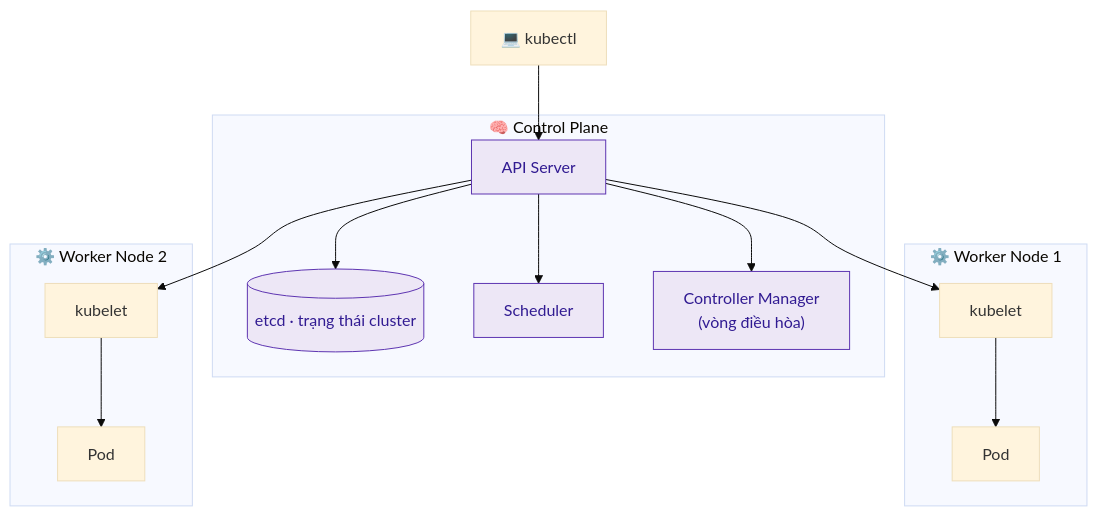
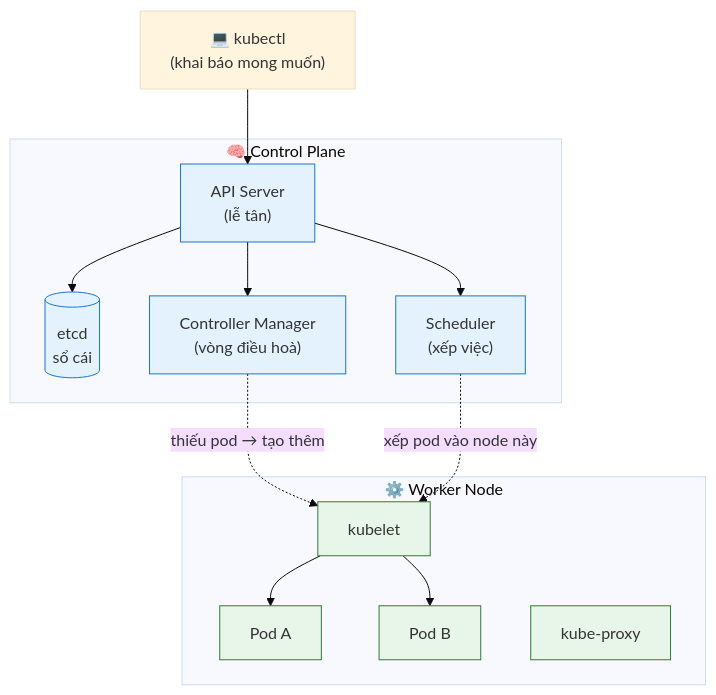
The second of 5 diagrams in Giai-doan-3-CICD-K8s-Monitoring.md (hiepnguyen775/Devops-basic-Hiepndp), drawn with Mermaid (base theme) before and after one commit. The commit also changed other lines of this file, not shown here.

````diff
--- a/Giai-doan-3-CICD-K8s-Monitoring.md
+++ b/Giai-doan-3-CICD-K8s-Monitoring.md
@@ -2002,19 +2039,20 @@
 ```mermaid
 flowchart TB
-    kubectl["💻 kubectl"] --> API
+    kubectl["💻 kubectl<br/>(khai báo mong muốn)"] --> API
     subgraph CP["🧠 Control Plane"]
-        API["API Server"] --> ETCD[("etcd · trạng thái cluster")]
-        API --> SCH["Scheduler"]
-        API --> CM["Controller Manager<br/>(vòng điều hòa)"]
+        API["API Server<br/>(lễ tân)"] --> ETCD[("etcd<br/>sổ cái")]
+        API --> SCH["Scheduler<br/>(xếp việc)"]
+        API --> CM["Controller Manager<br/>(vòng điều hoà)"]
     end
-    subgraph N1["⚙️ Worker Node 1"]
-        K1["kubelet"] --> P1["Pod"]
+    subgraph N1["⚙️ Worker Node"]
+        KUBELET["kubelet"] --> POD1["Pod A"]
+        KUBELET --> POD2["Pod B"]
+        PROXY["kube-proxy"]
     end
-    subgraph N2["⚙️ Worker Node 2"]
-        K2["kubelet"] --> P2["Pod"]
-    end
-    API --> K1
-    API --> K2
-    classDef cp fill:#ede7f6,stroke:#5e35b1,color:#311b92;
+    CM -.->|"thiếu pod → tạo thêm"| KUBELET
+    SCH -.->|"xếp pod vào node này"| KUBELET
+    classDef cp fill:#e3f2fd,stroke:#1976d2;
+    classDef wk fill:#e8f5e9,stroke:#2e7d32;
     class API,ETCD,SCH,CM cp;
+    class KUBELET,POD1,POD2,PROXY wk;
 ```
````
